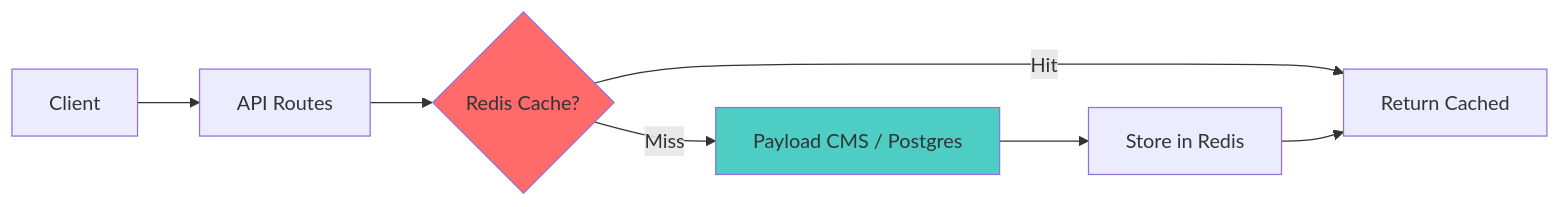
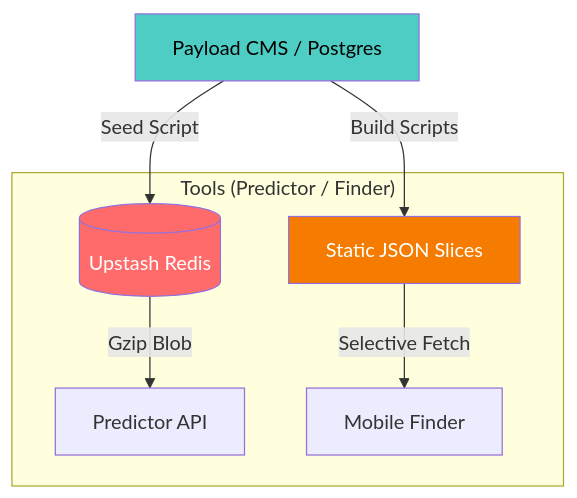
Before and after one commit to rizzz6/wbjee-college-predictor: the second of 2 diagrams in README.md, drawn with Mermaid. The commit also changed other lines of this file and 86 other files, not shown here.

````diff
--- a/README.md
+++ b/README.md
@@ -501,12 +427,14 @@
 ```mermaid
-graph LR
-    Client[Client] --> API[API Routes]
-    API --> Cache{Redis Cache?}
-    Cache -->|Hit| Return[Return Cached]
-    Cache -->|Miss| DB[Payload CMS / Postgres]
-    DB --> Store[Store in Redis]
-    Store --> Return
+graph TD
+    CMS[Payload CMS / Postgres] -->|Seed Script| Redis[(Upstash Redis)]
+    CMS -->|Build Scripts| Static[Static JSON Slices]
+    
+    subgraph Tools["Tools (Predictor / Finder)"]
+        Redis -->|Gzip Blob| Predictor[Predictor API]
+        Static -->|Selective Fetch| Finder[Mobile Finder]
+    end
 
-    style Cache fill:#ff6b6b
-    style DB fill:#4ecdc4
+    style CMS fill:#4ecdc4,color:#000
+    style Redis fill:#ff6b6b,color:#fff
+    style Static fill:#f57c00,color:#fff
 ```
````
